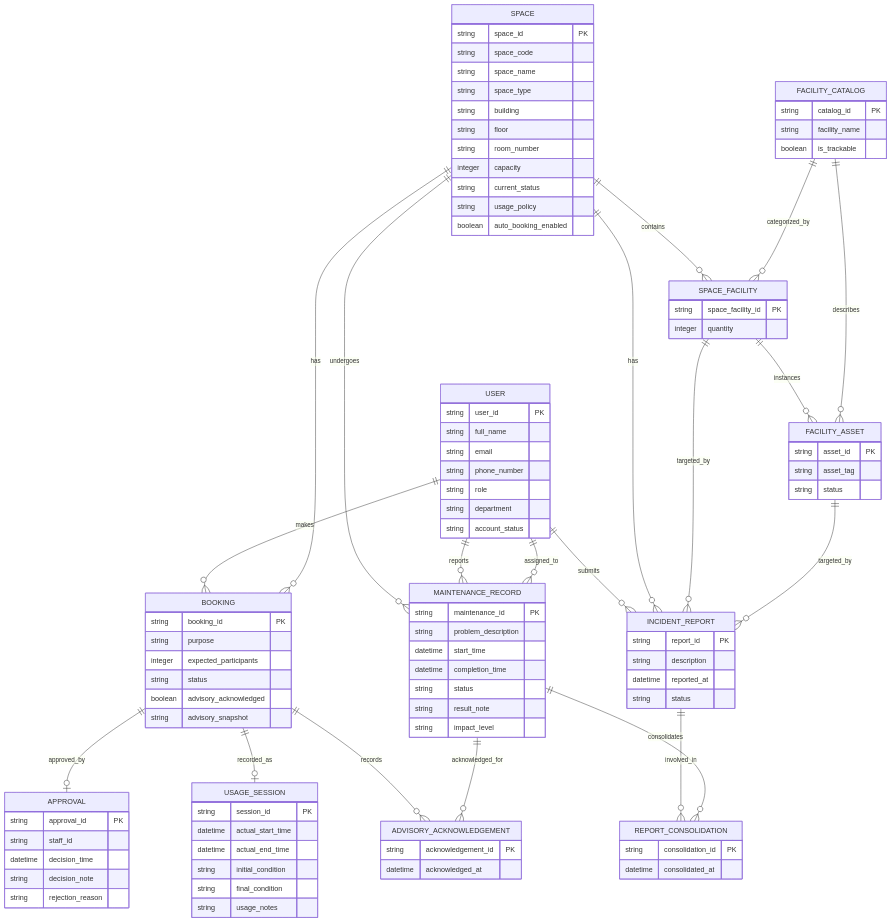
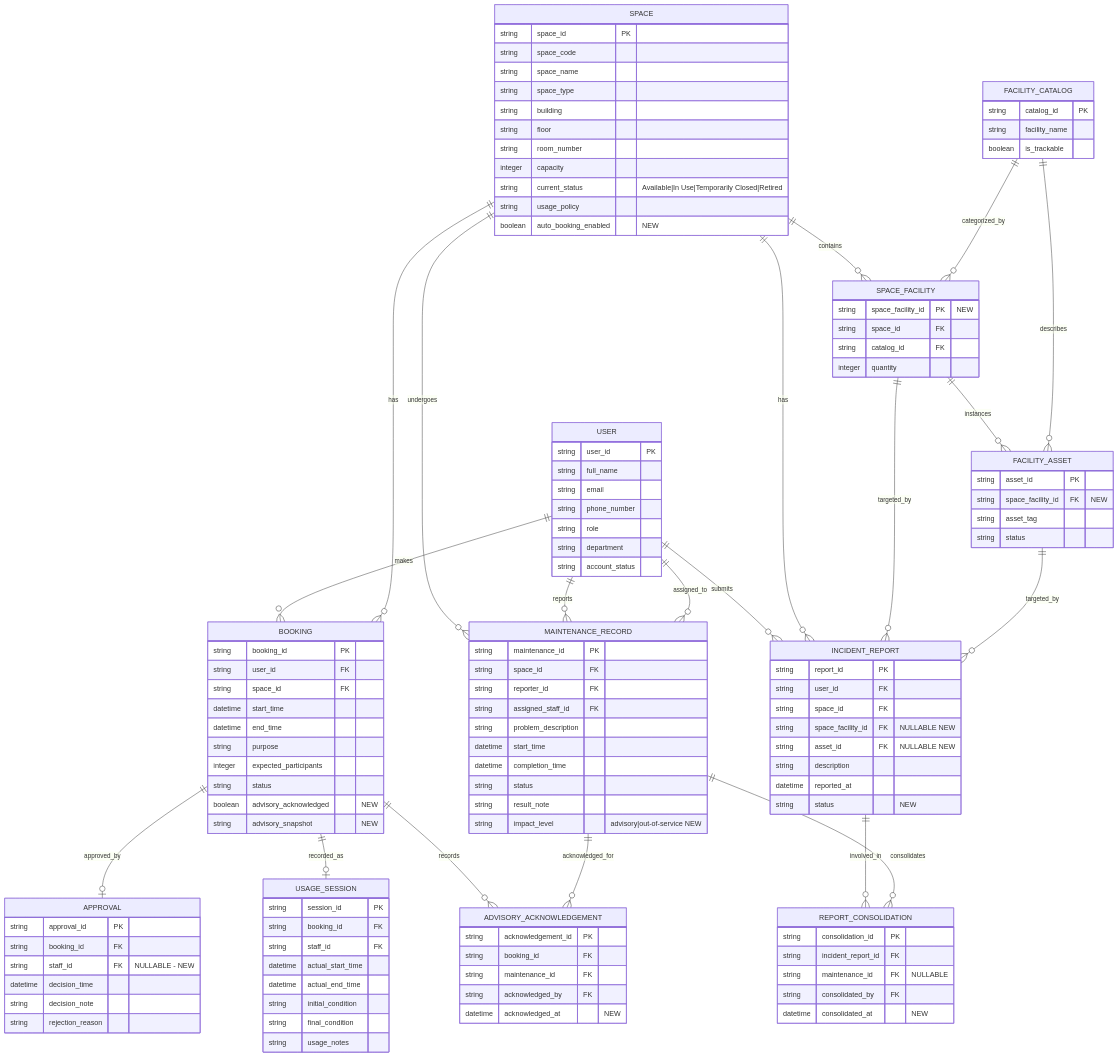
The diagram in outputs/09-updated-erd-and-logical-design-G11.md (Tnina2612/CS486-Campus-Space-Management-System), drawn with Mermaid before and after one commit.

Commit message:
Final of final of final

````diff
--- a/outputs/09-updated-erd-and-logical-design-G11.md
+++ b/outputs/09-updated-erd-and-logical-design-G11.md
@@ -91,7 +91,6 @@
         string department
         string account_status
     }
-
     SPACE {
         string space_id PK
         string space_code
@@ -101,78 +100,91 @@
         string floor
         string room_number
         integer capacity
-        string current_status
+        string current_status "Available|In Use|Temporarily Closed|Retired"
         string usage_policy
-        boolean auto_booking_enabled
+        boolean auto_booking_enabled "NEW"
     }
-
     FACILITY_CATALOG {
         string catalog_id PK
         string facility_name
         boolean is_trackable
     }
-
     SPACE_FACILITY {
-        string space_facility_id PK
+        string space_facility_id PK "NEW"
+        string space_id FK
+        string catalog_id FK
         integer quantity
     }
-
     FACILITY_ASSET {
         string asset_id PK
+        string space_facility_id FK "NEW"
         string asset_tag
         string status
     }
-
     BOOKING {
         string booking_id PK
+        string user_id FK
+        string space_id FK
+        datetime start_time
+        datetime end_time
         string purpose
         integer expected_participants
         string status
-        boolean advisory_acknowledged
-        string advisory_snapshot
+        boolean advisory_acknowledged "NEW"
+        string advisory_snapshot "NEW"
     }
-
     APPROVAL {
         string approval_id PK
-        string staff_id
+        string booking_id FK
+        string staff_id FK "NULLABLE - NEW"
         datetime decision_time
         string decision_note
         string rejection_reason
     }
-
     USAGE_SESSION {
         string session_id PK
+        string booking_id FK
+        string staff_id FK
         datetime actual_start_time
         datetime actual_end_time
         string initial_condition
         string final_condition
         string usage_notes
     }
-
     MAINTENANCE_RECORD {
         string maintenance_id PK
+        string space_id FK
+        string reporter_id FK
+        string assigned_staff_id FK
         string problem_description
         datetime start_time
         datetime completion_time
         string status
         string result_note
-        string impact_level
+        string impact_level "advisory|out-of-service NEW"
     }
-
     INCIDENT_REPORT {
         string report_id PK
+        string user_id FK
+        string space_id FK
+        string space_facility_id FK "NULLABLE NEW"
+        string asset_id FK "NULLABLE NEW"
         string description
         datetime reported_at
-        string status
+        string status "NEW"
     }
-
     REPORT_CONSOLIDATION {
         string consolidation_id PK
-        datetime consolidated_at
+        string incident_report_id FK
+        string maintenance_id FK "NULLABLE"
+        string consolidated_by FK
+        datetime consolidated_at "NEW"
     }
-
     ADVISORY_ACKNOWLEDGEMENT {
         string acknowledgement_id PK
-        datetime acknowledged_at
+        string booking_id FK
+        string maintenance_id FK
+        string acknowledged_by FK
+        datetime acknowledged_at "NEW"
     }
 ```
````
